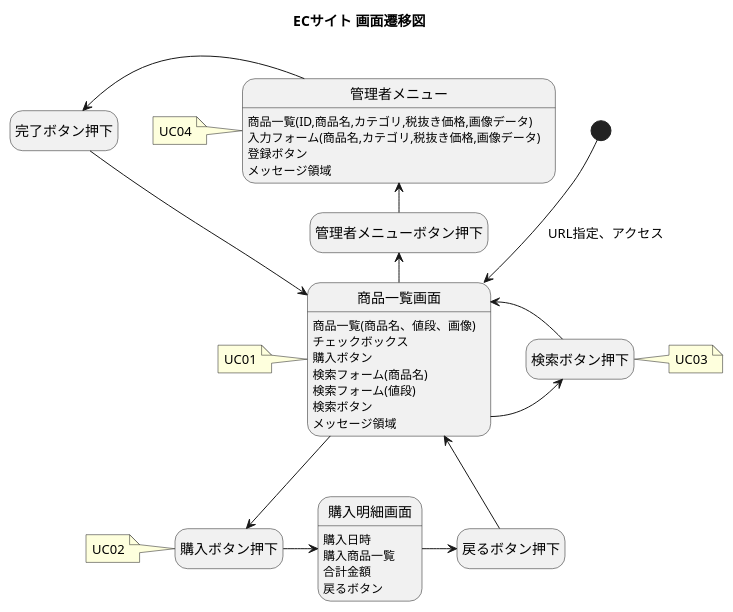
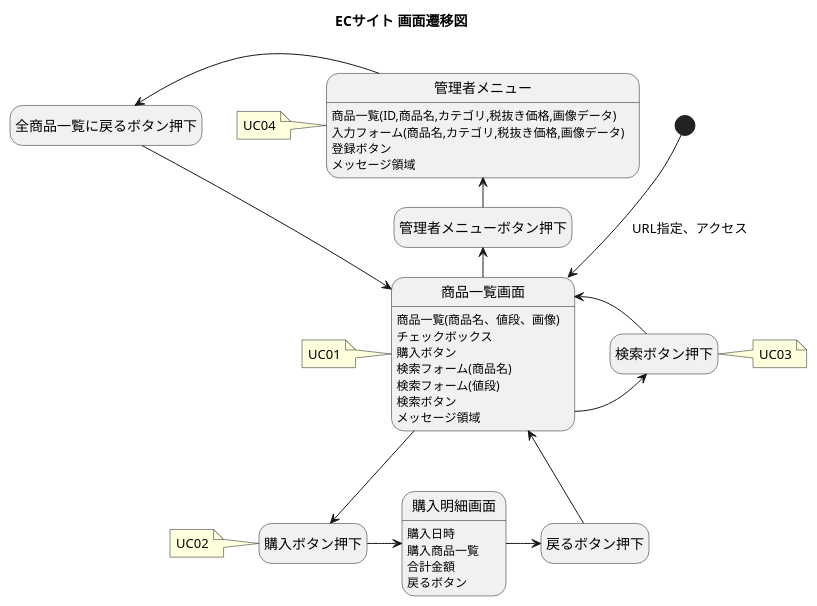
One commit to wnakayama/ojt_ecsite changed the diagram in UseCase/ScreenTransition.puml. Above: the diagram before and after it, drawn with PlantUML. The commit also changed 3 other files, not shown here.

Commit message:
ユースケース図、画面遷移図を修正

```diff
--- a/UseCase/ScreenTransition.puml
+++ b/UseCase/ScreenTransition.puml
@@ -1,50 +1,50 @@
 @startuml
 title ECサイト 画面遷移図
 hide empty description
 
 [*] --> 商品一覧画面 : URL指定、アクセス 
 商品一覧画面 : 商品一覧(商品名、値段、画像)
 商品一覧画面 : チェックボックス
 商品一覧画面 : 購入ボタン
 商品一覧画面 : 検索フォーム(商品名)
 商品一覧画面 : 検索フォーム(値段)
 商品一覧画面 : 検索ボタン
 商品一覧画面 : メッセージ領域
 
 note left of 商品一覧画面
 UC01
 end note
 
 商品一覧画面 --> 購入ボタン押下
 note left of 購入ボタン押下
 UC02
 end note
 
 購入ボタン押下 -right-> 購入明細画面
 購入明細画面 : 購入日時
 購入明細画面 : 購入商品一覧
 購入明細画面 : 合計金額
 購入明細画面 : 戻るボタン
 
 購入明細画面 -right-> 戻るボタン押下
 戻るボタン押下 --> 商品一覧画面
 
 商品一覧画面 -right-> 検索ボタン押下
 検索ボタン押下 -left-> 商品一覧画面
 note right of 検索ボタン押下
 UC03
 end note
 
 商品一覧画面 -left-> 管理者メニューボタン押下
 管理者メニューボタン押下 -left-> 管理者メニュー
 管理者メニュー : 商品一覧(ID,商品名,カテゴリ,税抜き価格,画像データ)
 管理者メニュー : 入力フォーム(商品名,カテゴリ,税抜き価格,画像データ)
 管理者メニュー : 登録ボタン
 管理者メニュー : メッセージ領域
-管理者メニュー -left-> 完了ボタン押下 
-完了ボタン押下 --> 商品一覧画面
+管理者メニュー -left-> 全商品一覧に戻るボタン押下 
+全商品一覧に戻るボタン押下 --> 商品一覧画面
 
 note left of 管理者メニュー
 UC04
 end note
 @enduml
```
